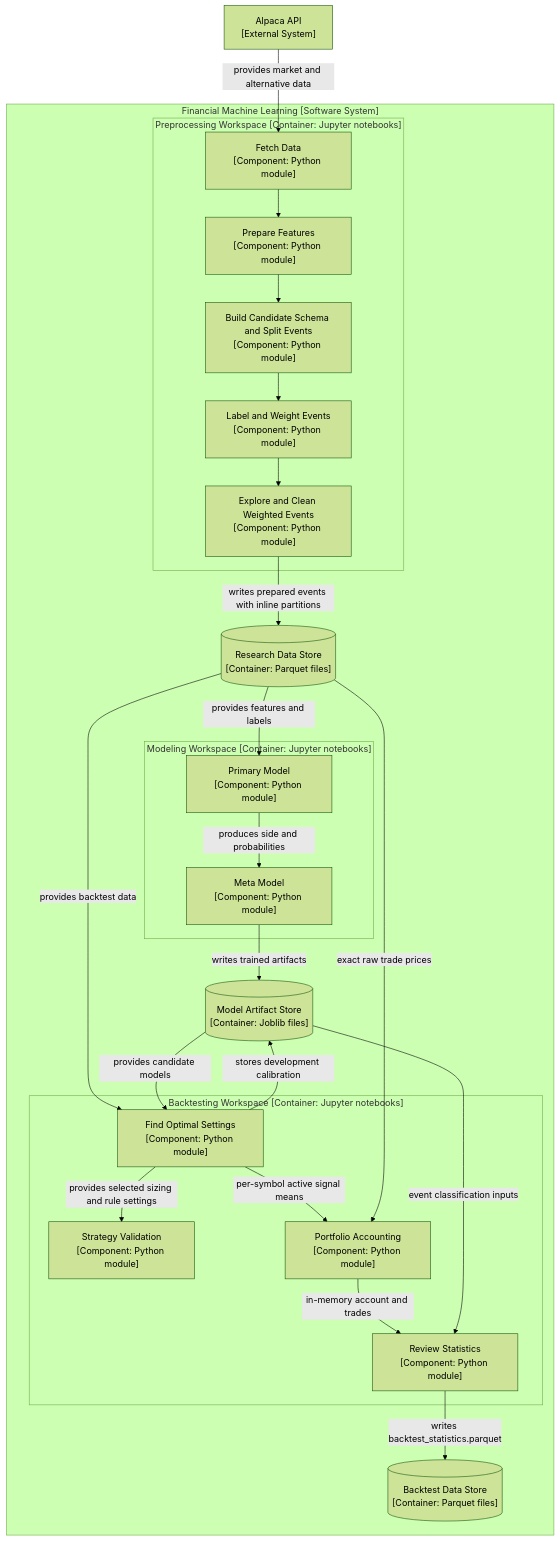
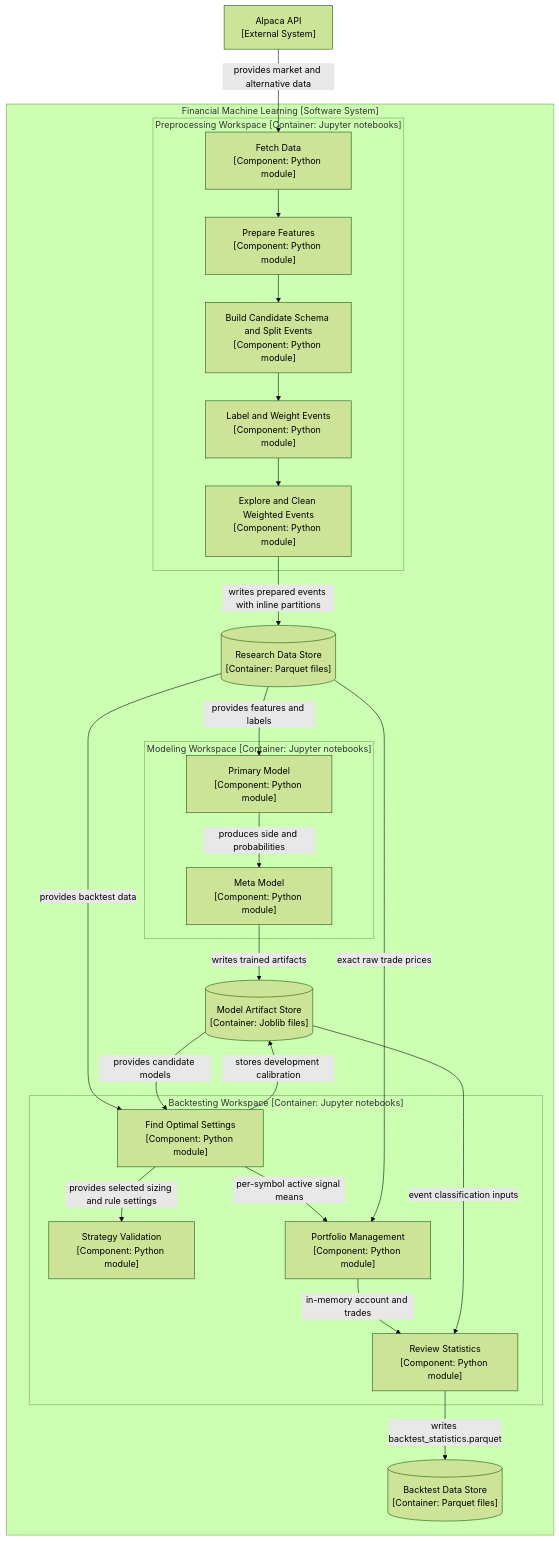
The third of 3 diagrams in docs/architecture.md (kwonjunhyuk9/financial-machine-learning), drawn with Mermaid (forest theme) before and after one commit. The commit also changed 13 other files, not shown here.

Commit message:
Renamed portfolio management workflow and simplified fixed-universe loading

````diff
--- a/docs/architecture.md
+++ b/docs/architecture.md
@@ -67,50 +67,50 @@
 ```mermaid
 flowchart TD
     alpaca["Alpaca API<br/>[External System]"]
 
     subgraph system["Financial Machine Learning [Software System]"]
         data_store[("Research Data Store<br/>[Container: Parquet files]")]
         model_store[("Model Artifact Store<br/>[Container: Joblib files]")]
         result_store[("Backtest Data Store<br/>[Container: Parquet files]")]
 
         subgraph preprocessing_workspace["Preprocessing Workspace [Container: Jupyter notebooks]"]
             fetch_data["Fetch Data<br/>[Component: Python module]"]
             prepare_data["Prepare Features<br/>[Component: Python module]"]
             split_events["Build Candidate Schema and Split Events<br/>[Component: Python module]"]
             label_events["Label and Weight Events<br/>[Component: Python module]"]
             clean_events["Explore and Clean Weighted Events<br/>[Component: Python module]"]
         end
 
         subgraph modeling_workspace["Modeling Workspace [Container: Jupyter notebooks]"]
             primary_model["Primary Model<br/>[Component: Python module]"]
             meta_model["Meta Model<br/>[Component: Python module]"]
         end
 
         subgraph backtesting_workspace["Backtesting Workspace [Container: Jupyter notebooks]"]
             find_settings["Find Optimal Settings<br/>[Component: Python module]"]
             strategy_validation["Strategy Validation<br/>[Component: Python module]"]
-            portfolio["Portfolio Accounting<br/>[Component: Python module]"]
+            portfolio_management["Portfolio Management<br/>[Component: Python module]"]
             review_statistics["Review Statistics<br/>[Component: Python module]"]
         end
 
     end
 
     alpaca -->|" provides market and alternative data "| fetch_data
     fetch_data --> prepare_data
     prepare_data --> split_events
     split_events --> label_events
     label_events --> clean_events
     clean_events -->|" writes prepared events with inline partitions "| data_store
     data_store -->|" provides features and labels "| primary_model
     primary_model -->|" produces side and probabilities "| meta_model
     meta_model -->|" writes trained artifacts "| model_store
     data_store -->|" provides backtest data "| find_settings
     model_store -->|" provides candidate models "| find_settings
     find_settings -->|" provides selected sizing and rule settings "| strategy_validation
     find_settings -->|" stores development calibration "| model_store
-    find_settings -->|" per-symbol active signal means "| portfolio
-    data_store -->|" exact raw trade prices "| portfolio
-    portfolio -->|" in-memory account and trades "| review_statistics
+    find_settings -->|" per-symbol active signal means "| portfolio_management
+    data_store -->|" exact raw trade prices "| portfolio_management
+    portfolio_management -->|" in-memory account and trades "| review_statistics
     model_store -->|" event classification inputs "| review_statistics
     review_statistics -->|" writes backtest_statistics.parquet "| result_store
 ```
````
